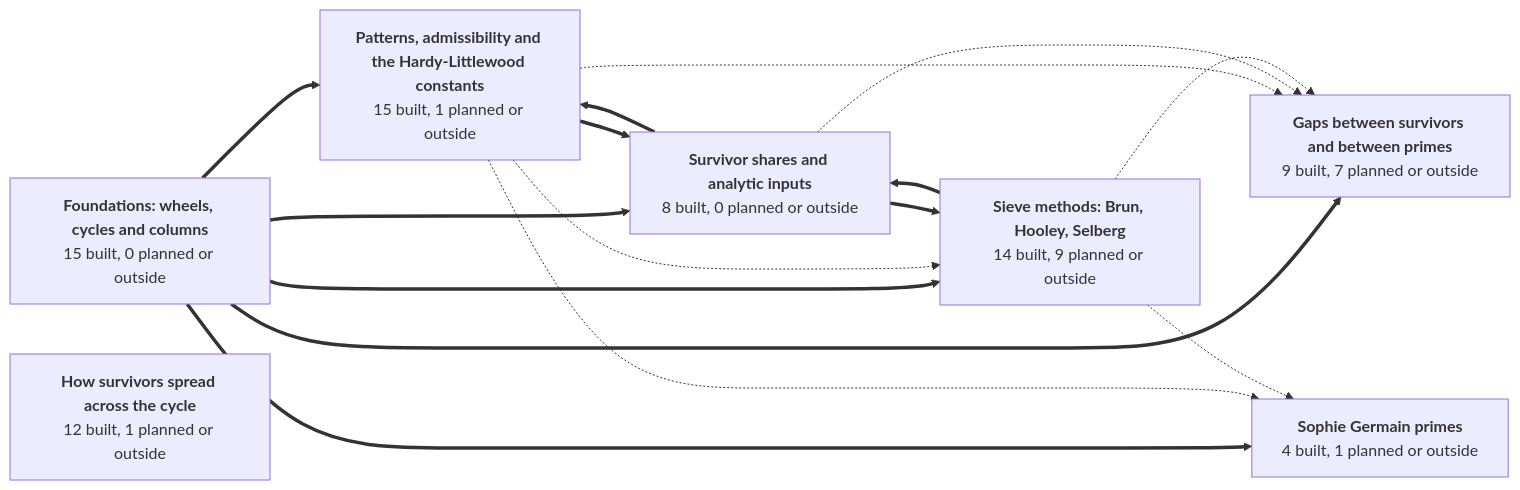
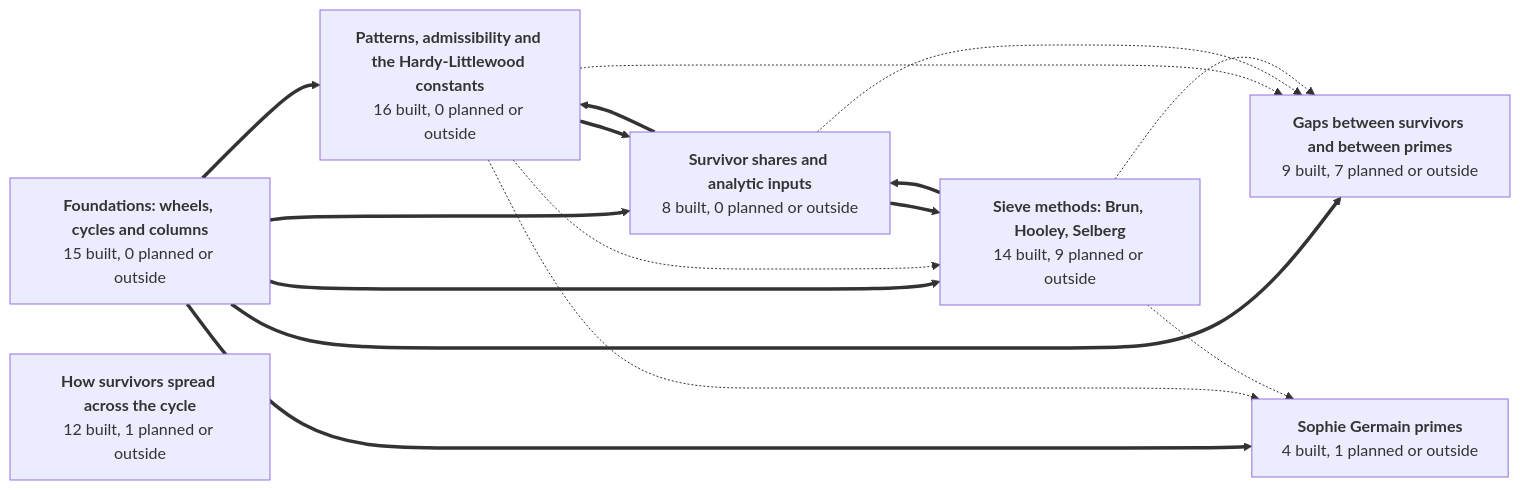
One commit to golfbum71/RNS-Sieve-Network changed the first of 8 diagrams in GRAPH.md. Above: the diagram before and after it, drawn with Mermaid. The commit also changed other lines of this file and 23 other files, not shown here.

````diff
--- a/GRAPH.md
+++ b/GRAPH.md
@@ -45,32 +45,32 @@
 ```mermaid
 graph LR
   g1["<b>Foundations: wheels, cycles and columns</b><br/>15 built, 0 planned or outside"]
-  g2["<b>Patterns, admissibility and the Hardy-Littlewood constants</b><br/>15 built, 1 planned or outside"]
+  g2["<b>Patterns, admissibility and the Hardy-Littlewood constants</b><br/>16 built, 0 planned or outside"]
   g3["<b>How survivors spread across the cycle</b><br/>12 built, 1 planned or outside"]
   g4["<b>Gaps between survivors and between primes</b><br/>9 built, 7 planned or outside"]
   g5["<b>Sophie Germain primes</b><br/>4 built, 1 planned or outside"]
   g6["<b>Survivor shares and analytic inputs</b><br/>8 built, 0 planned or outside"]
   g7["<b>Sieve methods: Brun, Hooley, Selberg</b><br/>14 built, 9 planned or outside"]
   g1 ==> g2
   g1 ==> g4
   g1 ==> g5
   g1 ==> g6
   g1 ==> g7
   g2 -.-> g4
   g2 -.-> g5
   g2 ==> g6
   g2 -.-> g7
   g6 ==> g2
   g6 -.-> g4
   g6 ==> g7
   g7 -.-> g4
   g7 -.-> g5
   g7 ==> g6
   click g1 href "https://github.com/golfbum71/RNS-Sieve-Network/blob/main/GRAPH.md#foundations-wheels-cycles-and-columns" _self
   click g2 href "https://github.com/golfbum71/RNS-Sieve-Network/blob/main/GRAPH.md#patterns-admissibility-and-the-hardy-littlewood-constants" _self
   click g3 href "https://github.com/golfbum71/RNS-Sieve-Network/blob/main/GRAPH.md#how-survivors-spread-across-the-cycle" _self
   click g4 href "https://github.com/golfbum71/RNS-Sieve-Network/blob/main/GRAPH.md#gaps-between-survivors-and-between-primes" _self
   click g5 href "https://github.com/golfbum71/RNS-Sieve-Network/blob/main/GRAPH.md#sophie-germain-primes" _self
   click g6 href "https://github.com/golfbum71/RNS-Sieve-Network/blob/main/GRAPH.md#survivor-shares-and-analytic-inputs" _self
   click g7 href "https://github.com/golfbum71/RNS-Sieve-Network/blob/main/GRAPH.md#sieve-methods-brun-hooley-selberg" _self
 ```
````
